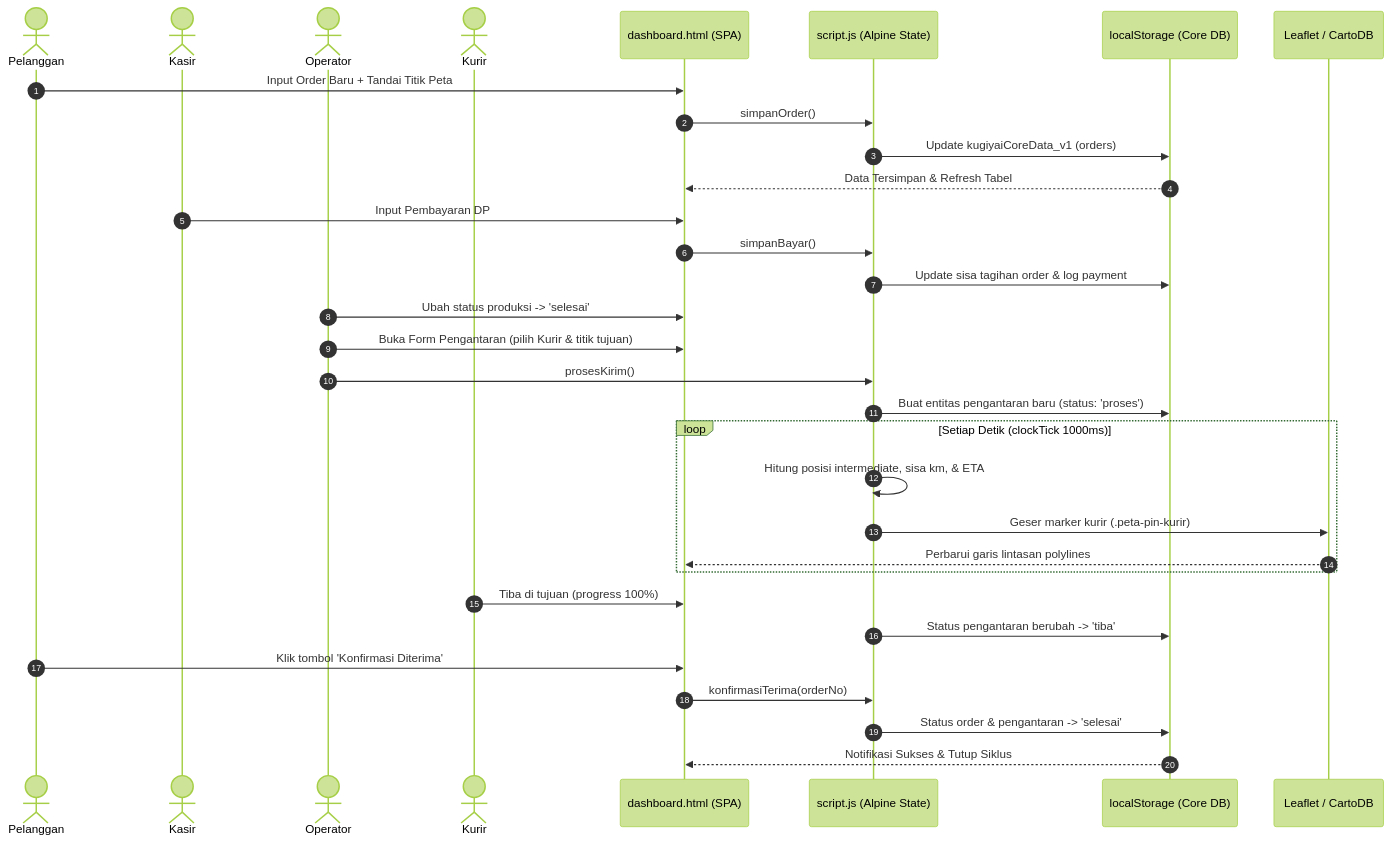
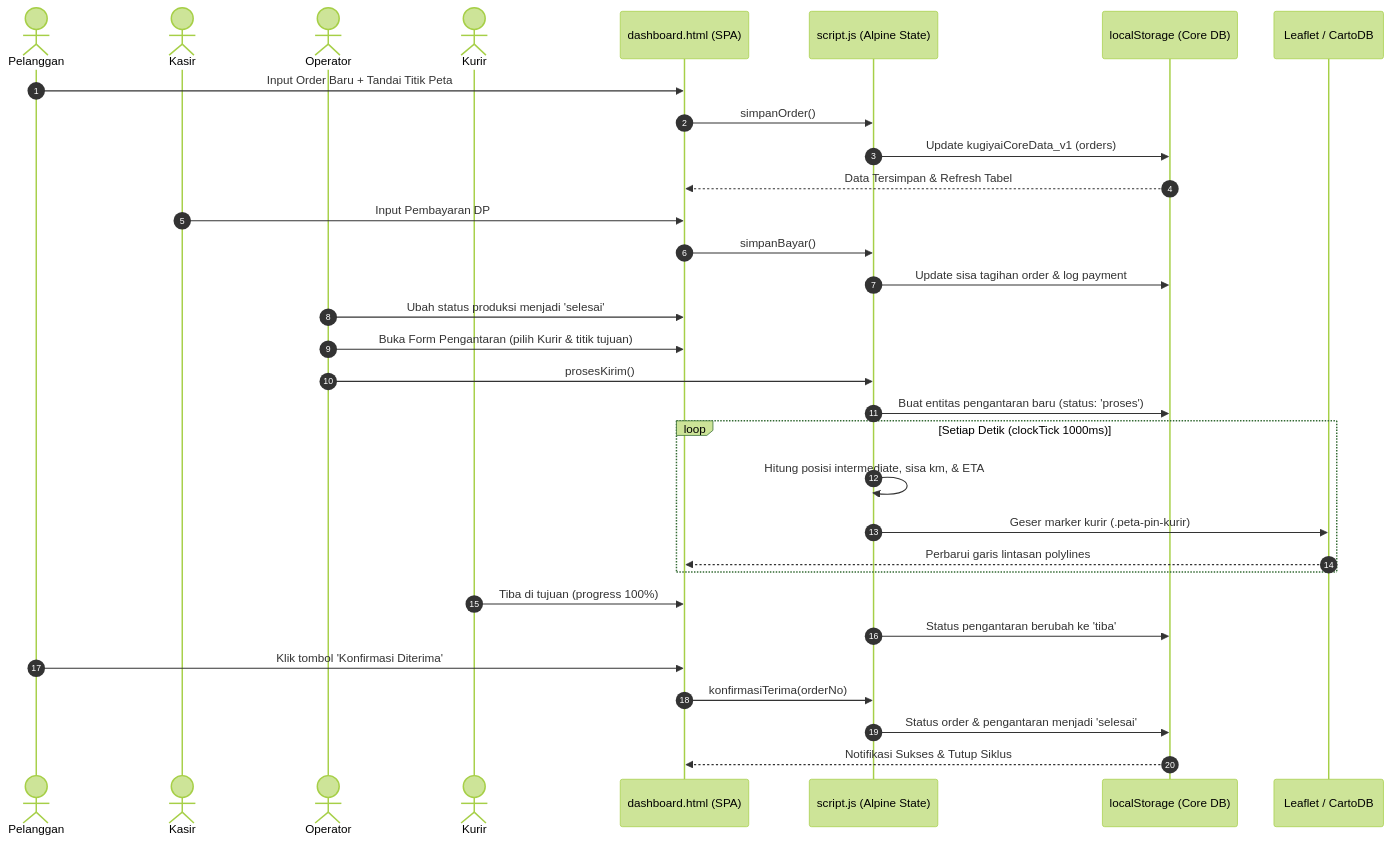
Before and after one commit to ipo-rk/percetakan_baliho: the seventh of 7 diagrams in README.md, drawn with Mermaid (forest theme). The commit also changed other lines of this file and 10 other files, not shown here.

````diff
--- a/README.md
+++ b/README.md
@@ -446,40 +446,40 @@
 ```mermaid
 sequenceDiagram
     autonumber
     actor Pelanggan
     actor Kasir
     actor Operator
     actor Kurir
     participant Dashboard as dashboard.html (SPA)
     participant Script as script.js (Alpine State)
     participant Storage as localStorage (Core DB)
     participant MapEngine as Leaflet / CartoDB
 
     Pelanggan->>Dashboard: Input Order Baru + Tandai Titik Peta
     Dashboard->>Script: simpanOrder()
     Script->>Storage: Update kugiyaiCoreData_v1 (orders)
     Storage-->>Dashboard: Data Tersimpan & Refresh Tabel
 
     Kasir->>Dashboard: Input Pembayaran DP
     Dashboard->>Script: simpanBayar()
     Script->>Storage: Update sisa tagihan order & log payment
 
-    Operator->>Dashboard: Ubah status produksi -> 'selesai'
+    Operator->>Dashboard: Ubah status produksi menjadi 'selesai'
     Operator->>Dashboard: Buka Form Pengantaran (pilih Kurir & titik tujuan)
     Operator->>Script: prosesKirim()
     Script->>Storage: Buat entitas pengantaran baru (status: 'proses')
 
     loop Setiap Detik (clockTick 1000ms)
         Script->>Script: Hitung posisi intermediate, sisa km, & ETA
         Script->>MapEngine: Geser marker kurir (.peta-pin-kurir)
         MapEngine-->>Dashboard: Perbarui garis lintasan polylines
     end
 
     Kurir->>Dashboard: Tiba di tujuan (progress 100%)
-    Script->>Storage: Status pengantaran berubah -> 'tiba'
+    Script->>Storage: Status pengantaran berubah ke 'tiba'
 
     Pelanggan->>Dashboard: Klik tombol 'Konfirmasi Diterima'
     Dashboard->>Script: konfirmasiTerima(orderNo)
-    Script->>Storage: Status order & pengantaran -> 'selesai'
+    Script->>Storage: Status order & pengantaran menjadi 'selesai'
     Storage-->>Dashboard: Notifikasi Sukses & Tutup Siklus
 ```
````
